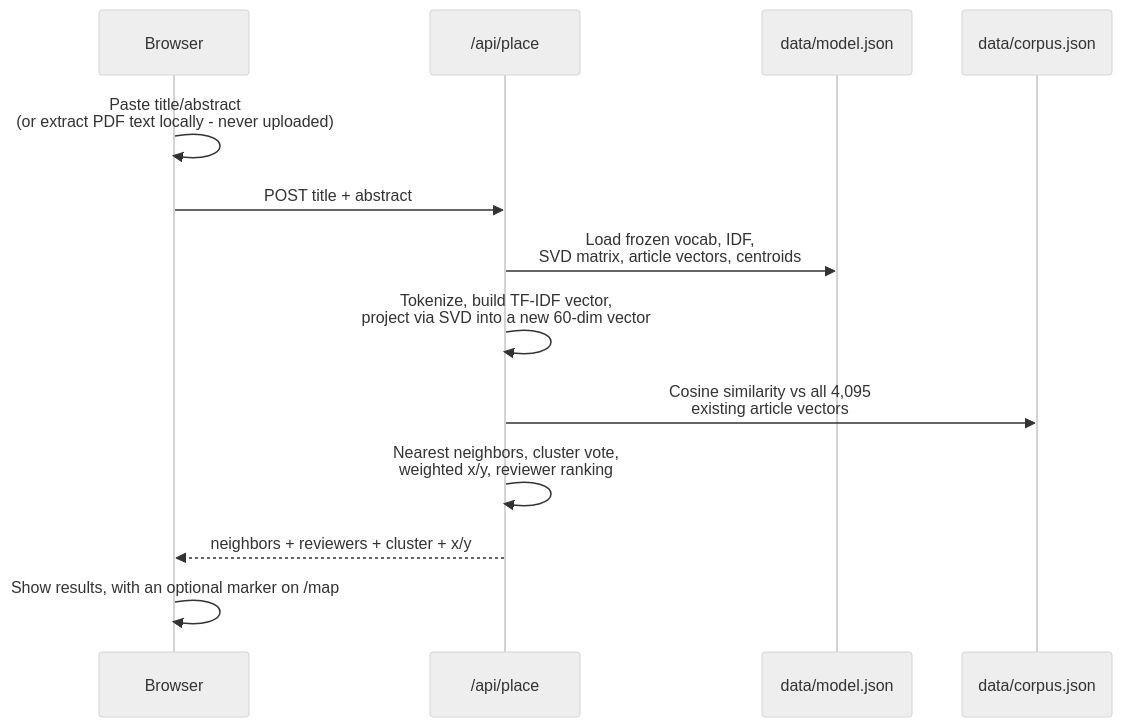
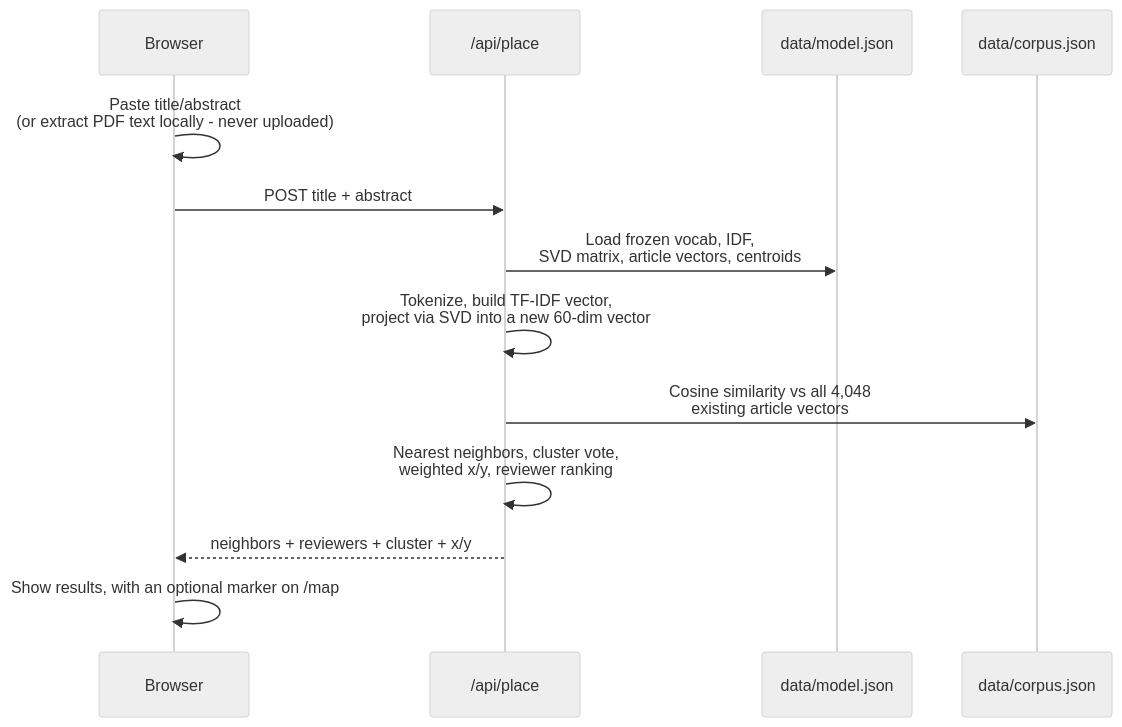
Before and after one commit to david-j-cox/published-landscape: the second of 2 diagrams in README.md, drawn with Mermaid (neutral theme). The commit also changed other lines of this file, not shown here.

````diff
--- a/README.md
+++ b/README.md
@@ -86,16 +86,16 @@
 ```mermaid
 sequenceDiagram
     participant U as Browser
     participant API as /api/place
     participant M as data/model.json
     participant C as data/corpus.json
 
     U->>U: Paste title/abstract<br/>(or extract PDF text locally - never uploaded)
     U->>API: POST title + abstract
     API->>M: Load frozen vocab, IDF,<br/>SVD matrix, article vectors, centroids
     API->>API: Tokenize, build TF-IDF vector,<br/>project via SVD into a new 60-dim vector
-    API->>C: Cosine similarity vs all 4,095<br/>existing article vectors
+    API->>C: Cosine similarity vs all 4,048<br/>existing article vectors
     API->>API: Nearest neighbors, cluster vote,<br/>weighted x/y, reviewer ranking
     API-->>U: neighbors + reviewers + cluster + x/y
     U->>U: Show results, with an optional marker on /map
 ```
````
